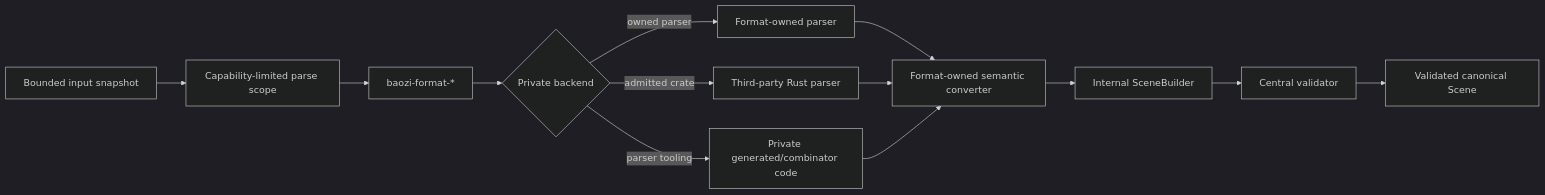
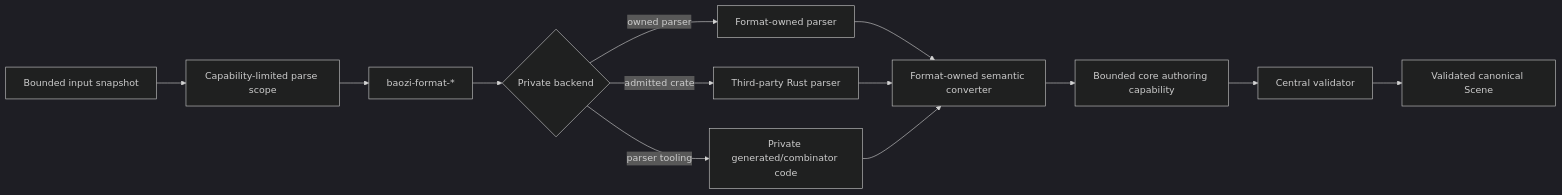
One commit to Latias94/baozi changed the diagram in docs/adr/0004-parser-backend-and-format-coverage-policy.md. Above: the diagram before and after it, drawn with Mermaid (dark theme). The commit also changed 18 other files, not shown here.

First line of the commit message:
docs(architecture): align canonical cutover gates

````diff
--- a/docs/adr/0004-parser-backend-and-format-coverage-policy.md
+++ b/docs/adr/0004-parser-backend-and-format-coverage-policy.md
@@ -68,15 +68,15 @@
 ```mermaid
 flowchart LR
     Snapshot[Bounded input snapshot] --> Scope[Capability-limited parse scope]
     Scope --> Format[baozi-format-*]
     Format --> Backend{Private backend}
     Backend -->|owned parser| Owned[Format-owned parser]
     Backend -->|admitted crate| Dependency[Third-party Rust parser]
     Backend -->|parser tooling| Tool[Private generated/combinator code]
     Owned --> Convert[Format-owned semantic converter]
     Dependency --> Convert
     Tool --> Convert
-    Convert --> Builder[Internal SceneBuilder]
-    Builder --> Validate[Central validator]
+    Convert --> Author[Bounded core authoring capability]
+    Author --> Validate[Central validator]
     Validate --> Scene[Validated canonical Scene]
 ```
````
